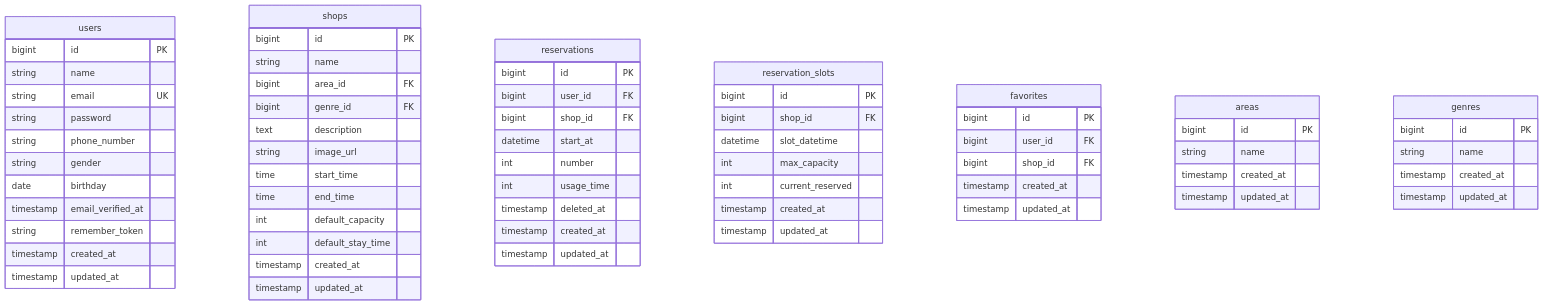
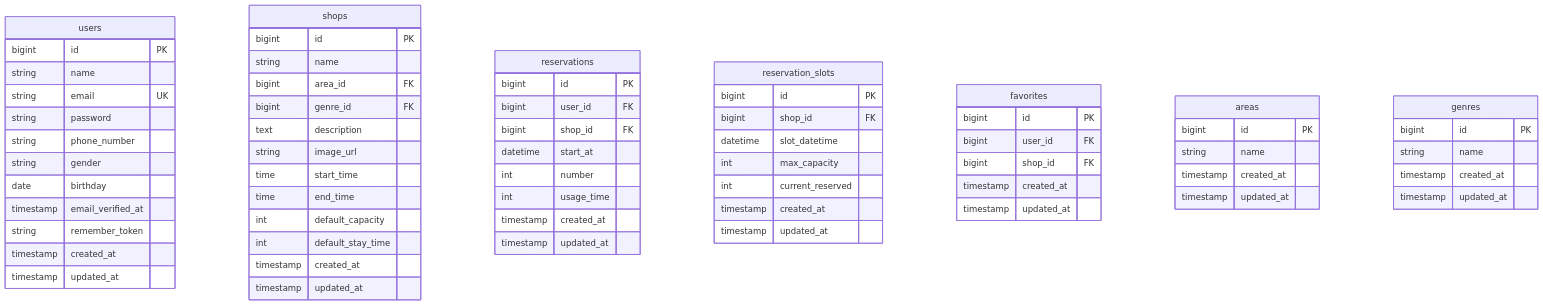
The first of 2 diagrams in README.md (yoshi-bell/lara-next-reserve), drawn with Mermaid before and after one commit. The commit also changed 19 other files, not shown here.

````diff
--- a/README.md
+++ b/README.md
@@ -56,69 +56,68 @@
 ```mermaid
 erDiagram
     users {
         bigint id PK
         string name
         string email UK
         string password
         string phone_number
         string gender
         date birthday
         timestamp email_verified_at
         string remember_token
         timestamp created_at
         timestamp updated_at
     }
     shops {
         bigint id PK
         string name
         bigint area_id FK
         bigint genre_id FK
         text description
         string image_url
         time start_time
         time end_time
         int default_capacity
         int default_stay_time
         timestamp created_at
         timestamp updated_at
     }
     reservations {
         bigint id PK
         bigint user_id FK
         bigint shop_id FK
         datetime start_at
         int number
         int usage_time
-        timestamp deleted_at
         timestamp created_at
         timestamp updated_at
     }
     reservation_slots {
         bigint id PK
         bigint shop_id FK
         datetime slot_datetime
         int max_capacity
         int current_reserved
         timestamp created_at
         timestamp updated_at
     }
     favorites {
         bigint id PK
         bigint user_id FK
         bigint shop_id FK
         timestamp created_at
         timestamp updated_at
     }
     areas {
         bigint id PK
         string name
         timestamp created_at
         timestamp updated_at
     }
     genres {
         bigint id PK
         string name
         timestamp created_at
         timestamp updated_at
     }
 ```
````
